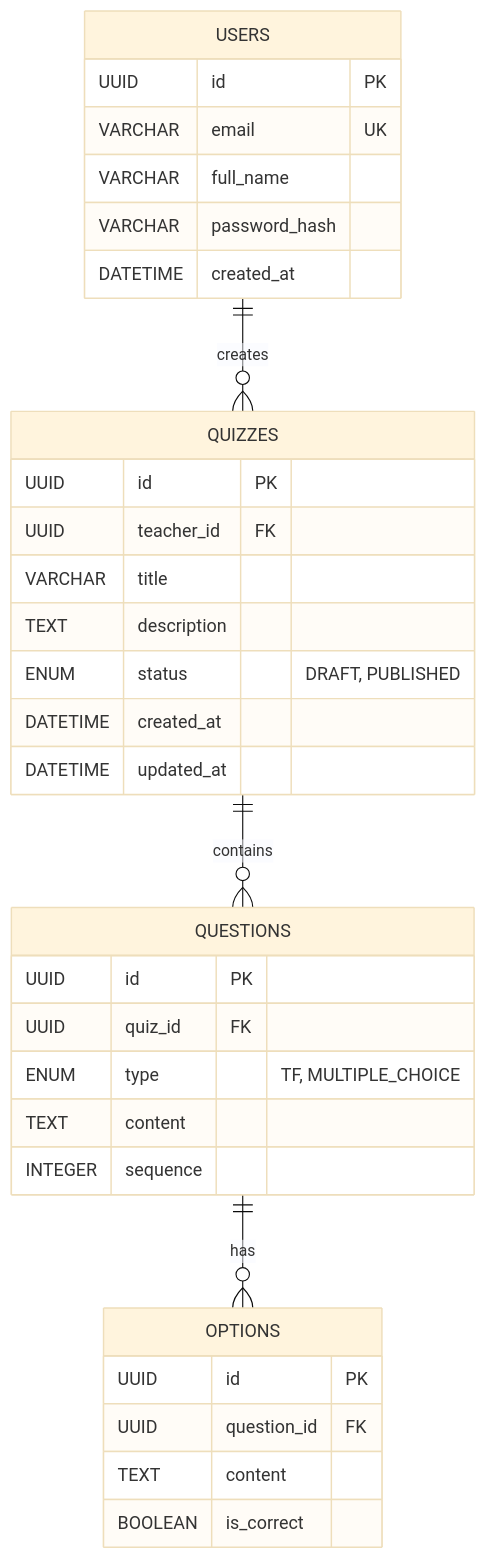
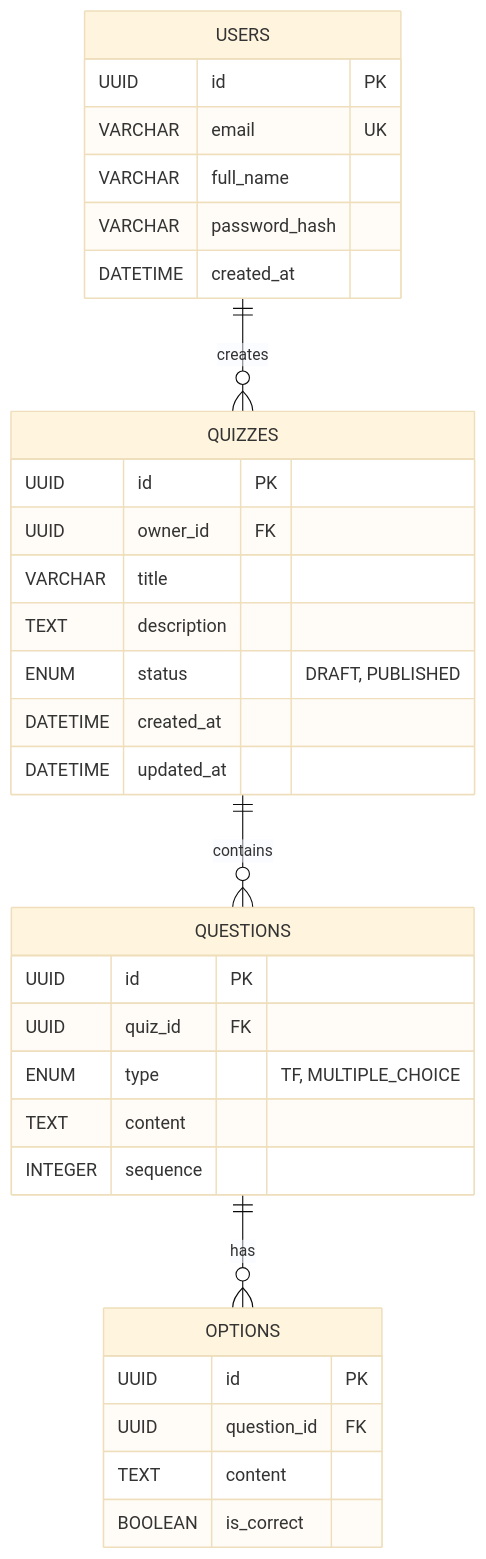
One commit to ccacheroc/GAIA-Template changed the diagram in specs/DataModel.md. Above: the diagram before and after it, drawn with Mermaid (base theme). The commit also changed 43 other files, not shown here.

Commit message:
refactor: (NONE) rename teacher_id to owner_id in quizzes table and models

````diff
--- a/specs/DataModel.md
+++ b/specs/DataModel.md
@@ -7,39 +7,39 @@
 ```mermaid
 erDiagram
     USERS ||--o{ QUIZZES : "creates"
     QUIZZES ||--o{ QUESTIONS : "contains"
     QUESTIONS ||--o{ OPTIONS : "has"
 
     USERS {
         UUID id PK
         VARCHAR email UK
         VARCHAR full_name
         VARCHAR password_hash
         DATETIME created_at
     }
 
     QUIZZES {
         UUID id PK
-        UUID teacher_id FK
+        UUID owner_id FK
         VARCHAR title
         TEXT description
         ENUM status "DRAFT, PUBLISHED"
         DATETIME created_at
         DATETIME updated_at
     }
 
     QUESTIONS {
         UUID id PK
         UUID quiz_id FK
         ENUM type "TF, MULTIPLE_CHOICE"
         TEXT content
         INTEGER sequence
     }
 
     OPTIONS {
         UUID id PK
         UUID question_id FK
         TEXT content
         BOOLEAN is_correct
     }
 ```
````
